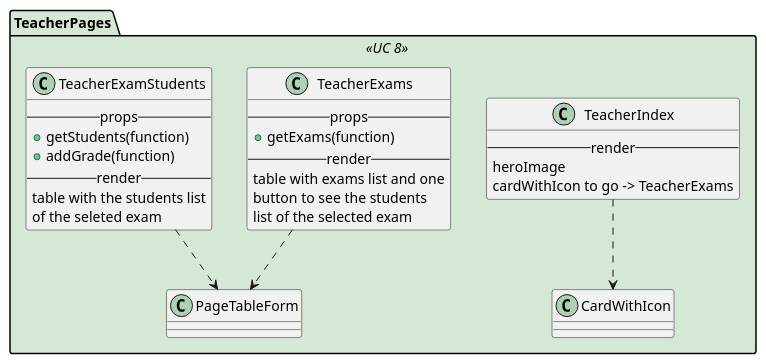
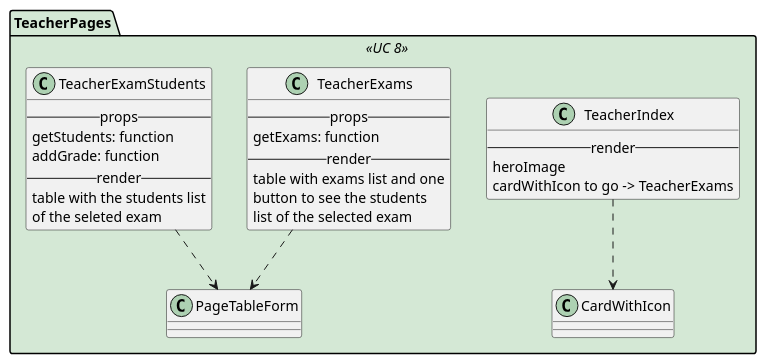
Before and after one commit to M9k/Marvin-Uml: the diagram in react/teacher/index.iuml, drawn with PlantUML. The commit also changed 2 other files, not shown here.

```diff
--- a/react/teacher/index.iuml
+++ b/react/teacher/index.iuml
@@ -1,34 +1,34 @@
 skinparam package<<UC 8>> {
     backgroundColor #d4e8d5
 }
 
 package TeacherPages <<UC 8>>{
 
 class TeacherIndex {
     --render--
         heroImage
         cardWithIcon to go -> TeacherExams
 }
 TeacherIndex ..> CardWithIcon
 
 class TeacherExams {
     --props--
-        + getExams(function)
+        getExams: function
     --render--
     table with exams list and one
     button to see the students
     list of the selected exam
 }
 TeacherExams ..> PageTableForm
 
 class TeacherExamStudents {
     --props--
-        + getStudents(function)
-        + addGrade(function)
+        getStudents: function
+        addGrade: function
     --render--
     table with the students list
     of the seleted exam
 }
 TeacherExamStudents ..> PageTableForm
 
 }
```
